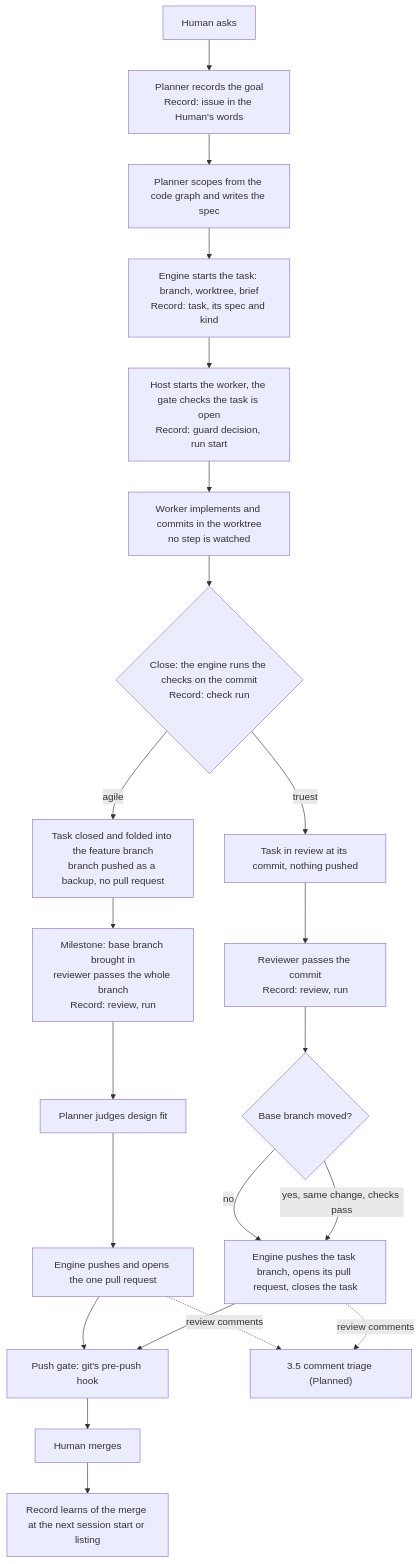
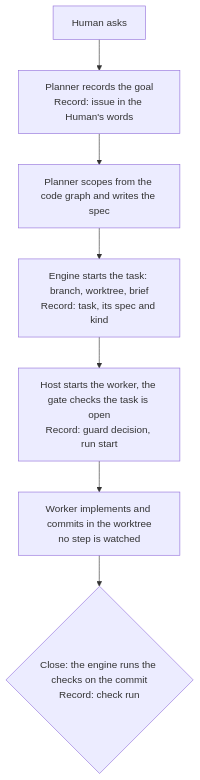
One commit to trustmybot/tmb changed the third of 8 diagrams in docs/flows/3_TASKS.md. Above: the diagram before and after it, drawn with Mermaid. The commit also changed other lines of this file and 17 other files, not shown here.

First line of the commit message:
📝 docs: rewrite architecture and flows pages to the doc template

````diff
--- a/docs/flows/3_TASKS.md
+++ b/docs/flows/3_TASKS.md
@@ -28,24 +70,9 @@
 ```mermaid
 flowchart TD
     A[Human asks] --> B["Planner records the goal<br/>Record: issue in the Human's words"]
     B --> C["Planner scopes from the code graph and writes the spec"]
     C --> D["Engine starts the task: branch, worktree, brief<br/>Record: task, its spec and kind"]
     D --> E["Host starts the worker, the gate checks the task is open<br/>Record: guard decision, run start"]
     E --> F["Worker implements and commits in the worktree<br/>no step is watched"]
     F --> G{"Close: the engine runs the checks on the commit<br/>Record: check run"}
-    G -- agile --> H["Task closed and folded into the feature branch<br/>branch pushed as a backup, no pull request"]
-    H --> I["Milestone: base branch brought in<br/>reviewer passes the whole branch<br/>Record: review, run"]
-    I --> J["Planner judges design fit"]
-    J --> P["Engine pushes and opens the one pull request"]
-    G -- truest --> K["Task in review at its commit, nothing pushed"]
-    K --> L["Reviewer passes the commit<br/>Record: review, run"]
-    L --> M{Base branch moved?}
-    M -- no --> N["Engine pushes the task branch, opens its pull request, closes the task"]
-    M -- "yes, same change, checks pass" --> N
-    P --> Q["Push gate: git's pre-push hook"]
-    N --> Q
-    Q --> R[Human merges]
-    R --> S["Record learns of the merge at the next session start or listing"]
-    P -. review comments .-> T["3.5 comment triage (Planned)"]
-    N -. review comments .-> T
 ```
````
